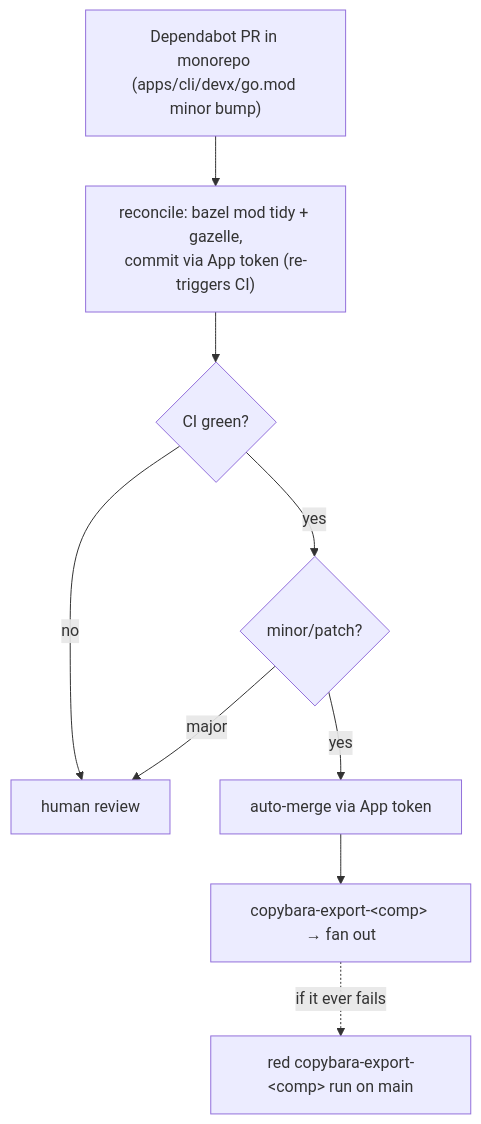
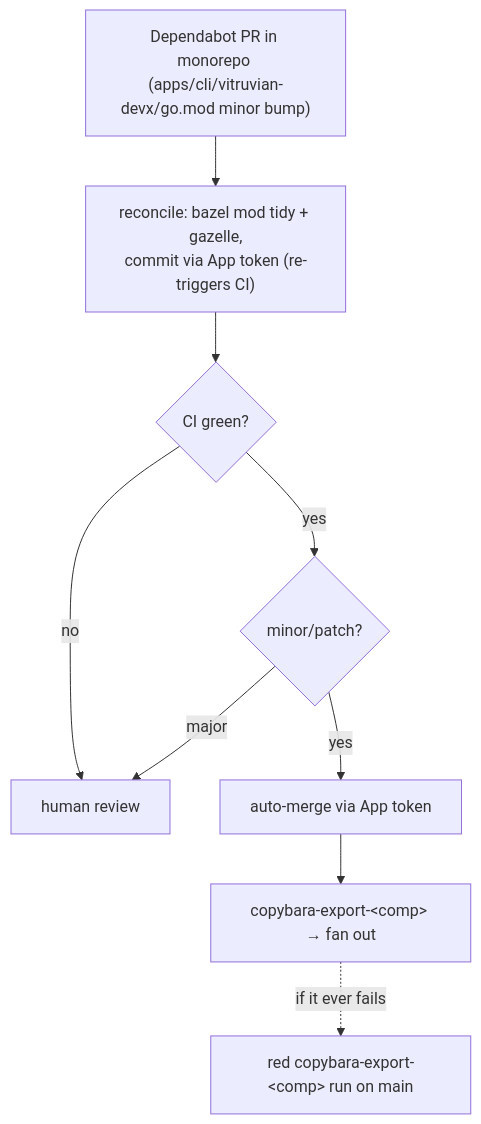
The seventh of 7 diagrams in docs/admin/copybara-sync.md (VitruvianSoftware/vitruvian-core), drawn with Mermaid before and after one commit. The commit also changed other lines of this file and 1209 other files, not shown here.

````diff
--- a/docs/admin/copybara-sync.md
+++ b/docs/admin/copybara-sync.md
@@ -614,11 +614,11 @@
 ```mermaid
 flowchart TD
-    DB["Dependabot PR in monorepo (apps/cli/devx/go.mod minor bump)"] --> RC["reconcile: bazel mod tidy + gazelle,<br/>commit via App token (re-triggers CI)"]
+    DB["Dependabot PR in monorepo (apps/cli/vitruvian-devx/go.mod minor bump)"] --> RC["reconcile: bazel mod tidy + gazelle,<br/>commit via App token (re-triggers CI)"]
     RC --> CI{"CI green?"}
     CI -- "no" --> H["human review"]
     CI -- "yes" --> AM{"minor/patch?"}
     AM -- "major" --> H
     AM -- "yes" --> M["auto-merge via App token"]
     M --> EX["copybara-export-&lt;comp&gt; → fan out"]
     EX -. "if it ever fails" .-> DR["red copybara-export-&lt;comp&gt; run on main"]
 ```
````
